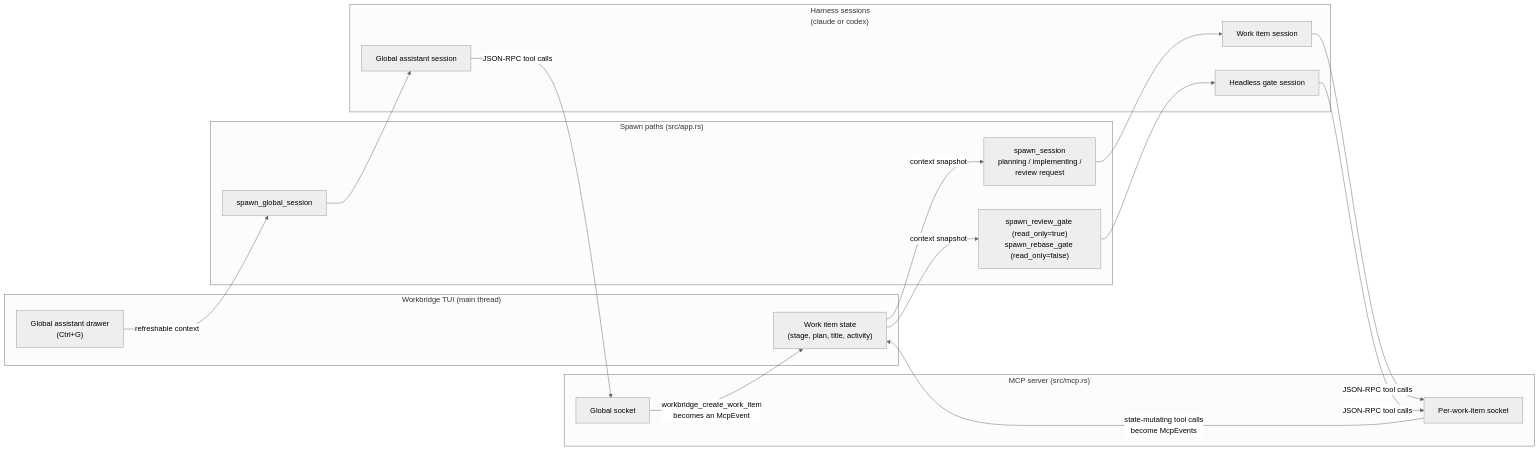
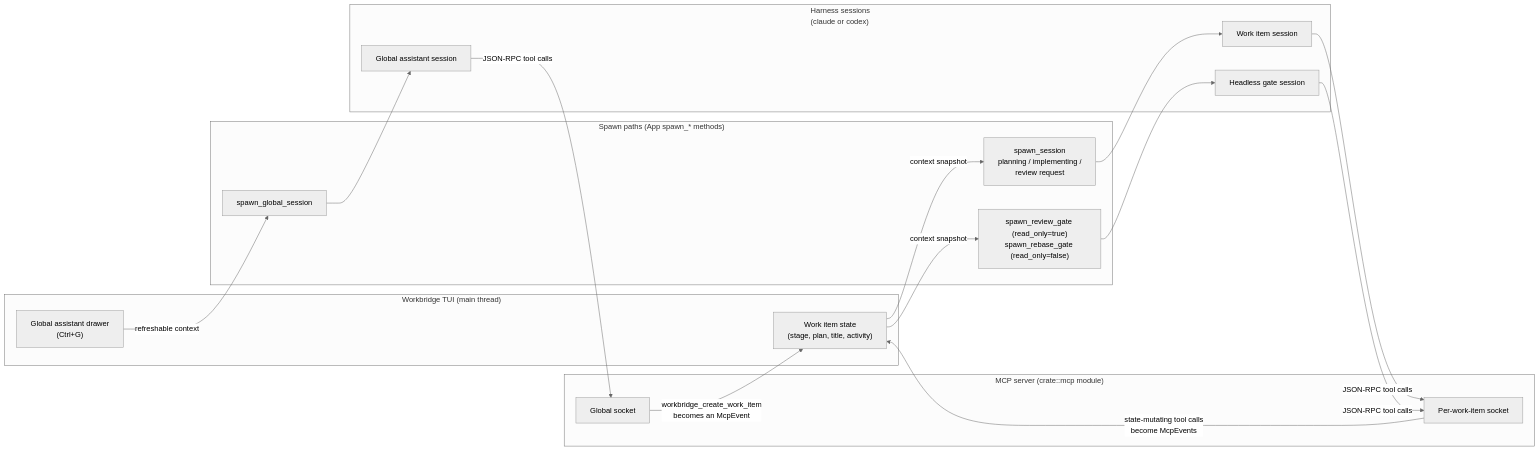
One commit to jkirsteins/workbridge changed the second of 3 diagrams in README.md. Above: the diagram before and after it, drawn with Mermaid (neutral theme). The commit also changed other lines of this file and 253 other files, not shown here.

````diff
--- a/README.md
+++ b/README.md
@@ -167,38 +168,38 @@
 ```mermaid
 flowchart LR
     subgraph TUI["Workbridge TUI (main thread)"]
         State["Work item state<br/>(stage, plan, title, activity)"]
         Drawer["Global assistant drawer<br/>(Ctrl+G)"]
     end
 
-    subgraph Spawn["Spawn paths (src/app.rs)"]
+    subgraph Spawn["Spawn paths (App spawn_* methods)"]
         SS["spawn_session<br/>planning / implementing /<br/>review request"]
         SR["spawn_review_gate (read_only=true)<br/>spawn_rebase_gate (read_only=false)"]
         SG["spawn_global_session"]
     end
 
     subgraph Sessions["Harness sessions<br/>(claude or codex)"]
         WiSession["Work item session"]
         GateSession["Headless gate session"]
         GaSession["Global assistant session"]
     end
 
-    subgraph Mcp["MCP server (src/mcp.rs)"]
+    subgraph Mcp["MCP server (crate::mcp module)"]
         WiSock["Per-work-item socket"]
         GaSock["Global socket"]
     end
 
     State -- "context snapshot" --> SS
     State -- "context snapshot" --> SR
     Drawer -- "refreshable context" --> SG
     SS --> WiSession
     SR --> GateSession
     SG --> GaSession
 
     WiSession -- "JSON-RPC tool calls" --> WiSock
     GateSession -- "JSON-RPC tool calls" --> WiSock
     GaSession -- "JSON-RPC tool calls" --> GaSock
 
     WiSock -- "state-mutating tool calls<br/>become McpEvents" --> State
     GaSock -- "workbridge_create_work_item<br/>becomes an McpEvent" --> State
 ```
````
